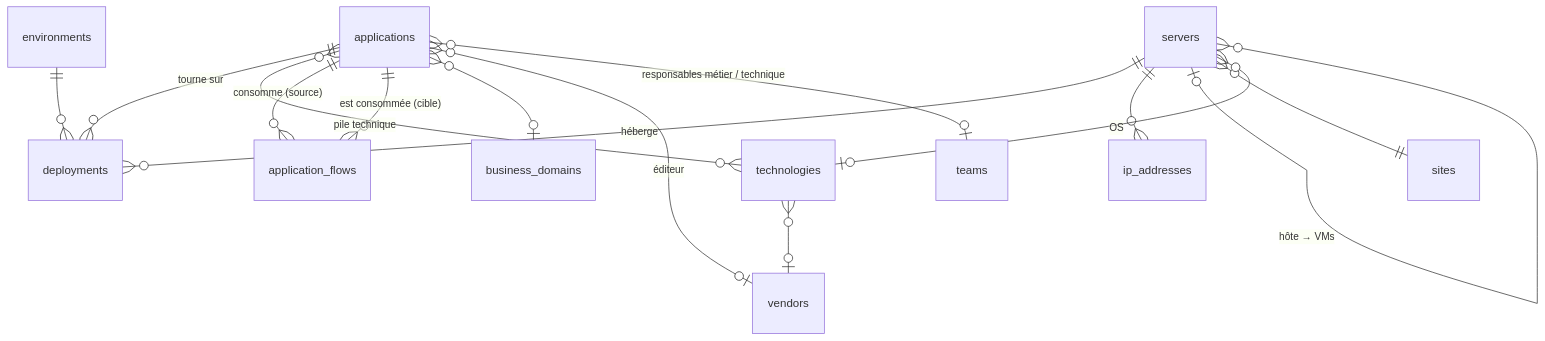
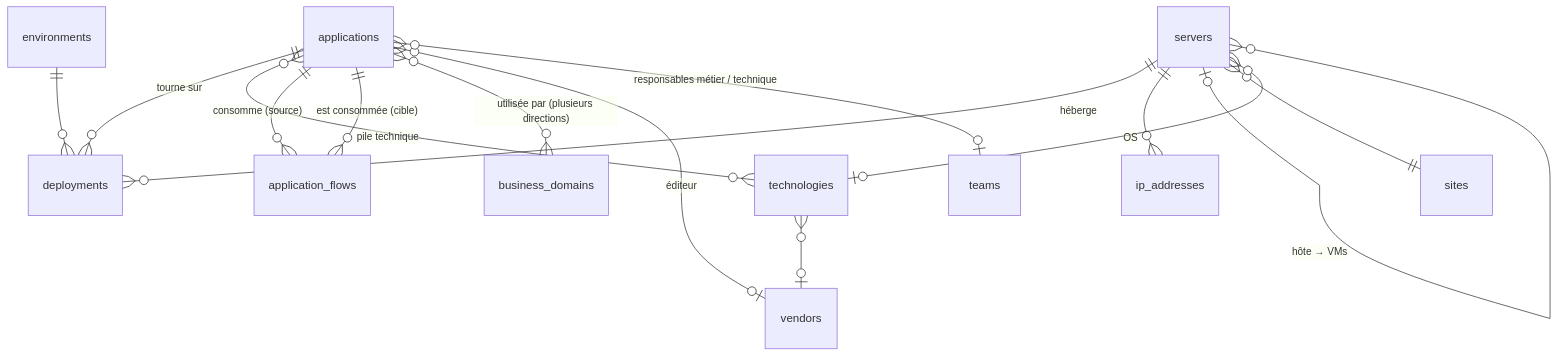
The diagram in README.md (Bweso88/Carto), drawn with Mermaid before and after one commit. The commit also changed other lines of this file and 19 other files, not shown here.

````diff
--- a/README.md
+++ b/README.md
@@ -87,17 +87,17 @@
 ```mermaid
 erDiagram
     applications ||--o{ deployments : "tourne sur"
     servers ||--o{ deployments : "héberge"
     environments ||--o{ deployments : ""
     servers ||--o{ ip_addresses : ""
     servers |o--o{ servers : "hôte → VMs"
     servers }o--|| sites : ""
     servers }o--o| technologies : "OS"
     applications }o--o{ technologies : "pile technique"
     applications ||--o{ application_flows : "consomme (source)"
     applications ||--o{ application_flows : "est consommée (cible)"
-    applications }o--o| business_domains : ""
+    applications }o--o{ business_domains : "utilisée par (plusieurs directions)"
     applications }o--o| vendors : "éditeur"
     applications }o--o| teams : "responsables métier / technique"
     technologies }o--o| vendors : ""
 ```
````
